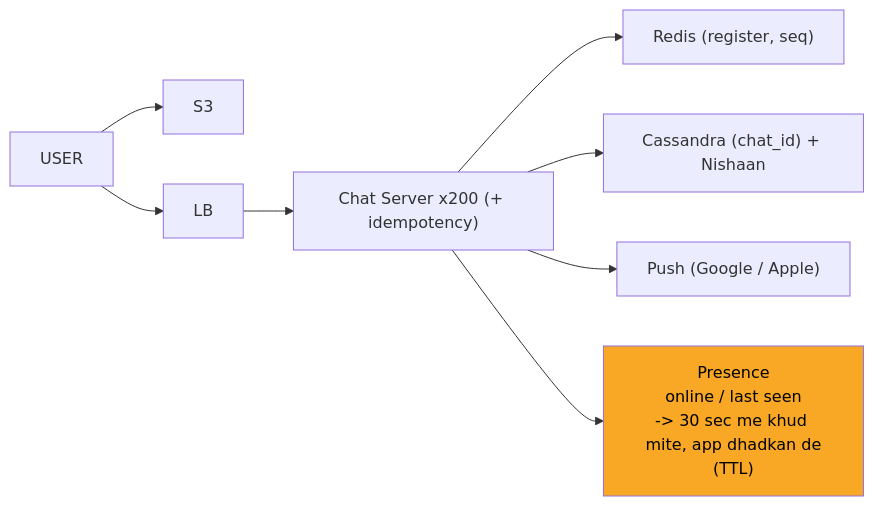
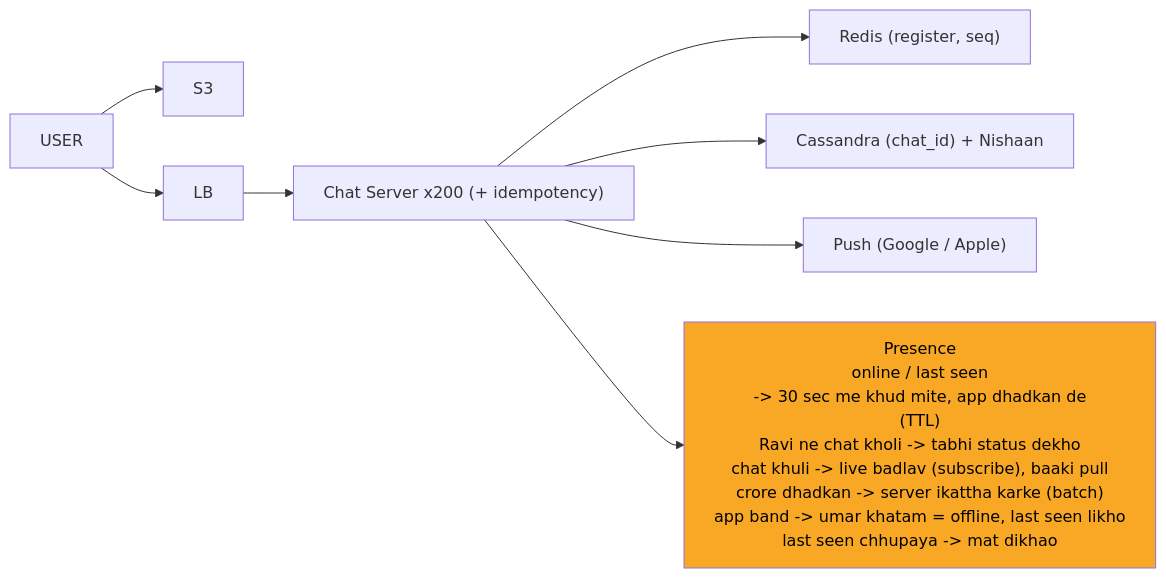
Diagram 11 of 12 in 04_HLD/SYSTEM_DESIGNS/14_chat_messaging/14_chat_messaging.md (ArpanMaheshwari144/Prep), drawn with Mermaid before and after one commit. The commit also changed other lines of this file and 12 other files, not shown here.

Commit message:
hld 02-14: peele dabbe me SAFAR ke mod + diagram chauda (wrappingWidth 450)

````diff
--- a/04_HLD/SYSTEM_DESIGNS/14_chat_messaging/14_chat_messaging.md
+++ b/04_HLD/SYSTEM_DESIGNS/14_chat_messaging/14_chat_messaging.md
@@ -463,19 +473,20 @@
 ```mermaid
+%%{init: {"flowchart": {"wrappingWidth": 450}}}%%
 flowchart LR
     n_S3["S3"]
     n_U["USER"]
     n_LB["LB"]
     n_CS["Chat Server x200 (+ idempotency)"]
     n_R["Redis (register, seq)"]
     n_CA["Cassandra (chat_id) + Nishaan"]
     n_P["Push (Google / Apple)"]
-    n_PR["Presence<br/>online / last seen<br/>-> 30 sec me khud mite, app dhadkan de<br/>(TTL)"]
+    n_PR["Presence<br/>online / last seen<br/>-> 30 sec me khud mite, app dhadkan de<br/>(TTL)<br/>Ravi ne chat kholi -> tabhi status dekho<br/>chat khuli -> live badlav (subscribe), baaki pull<br/>crore dhadkan -> server ikattha karke (batch)<br/>app band -> umar khatam = offline, last seen likho<br/>last seen chhupaya -> mat dikhao"]
     n_U --> n_S3
     n_U --> n_LB
     n_LB --> n_CS
     n_CS --> n_R
     n_CS --> n_CA
     n_CS --> n_P
     n_CS --> n_PR
     style n_PR fill:#f9a825,color:#000
 ```
````
